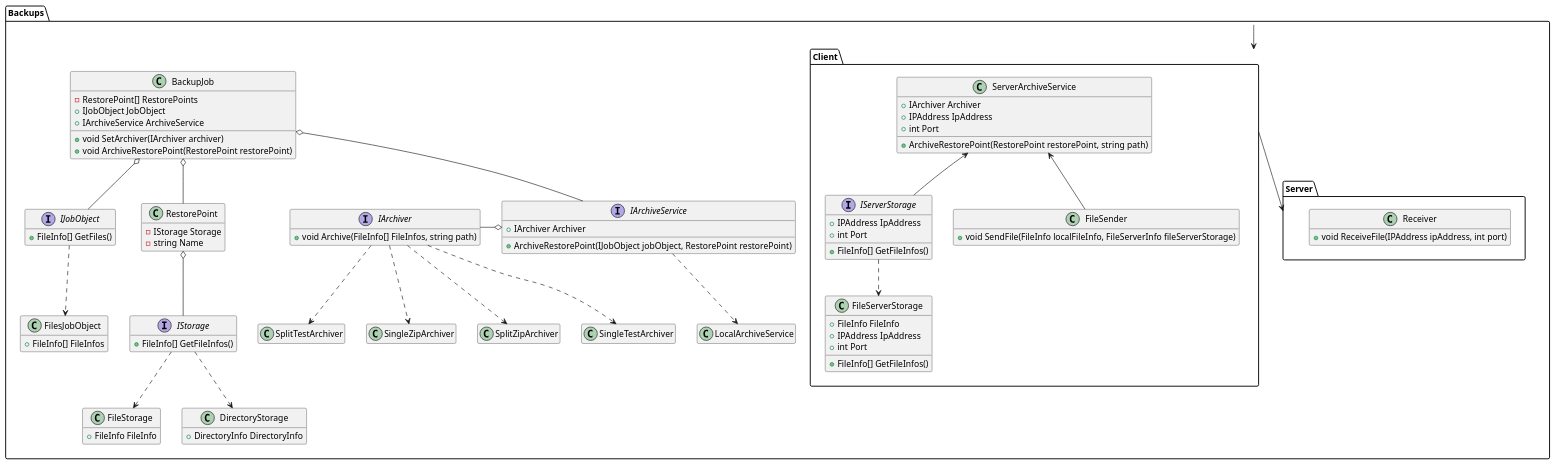
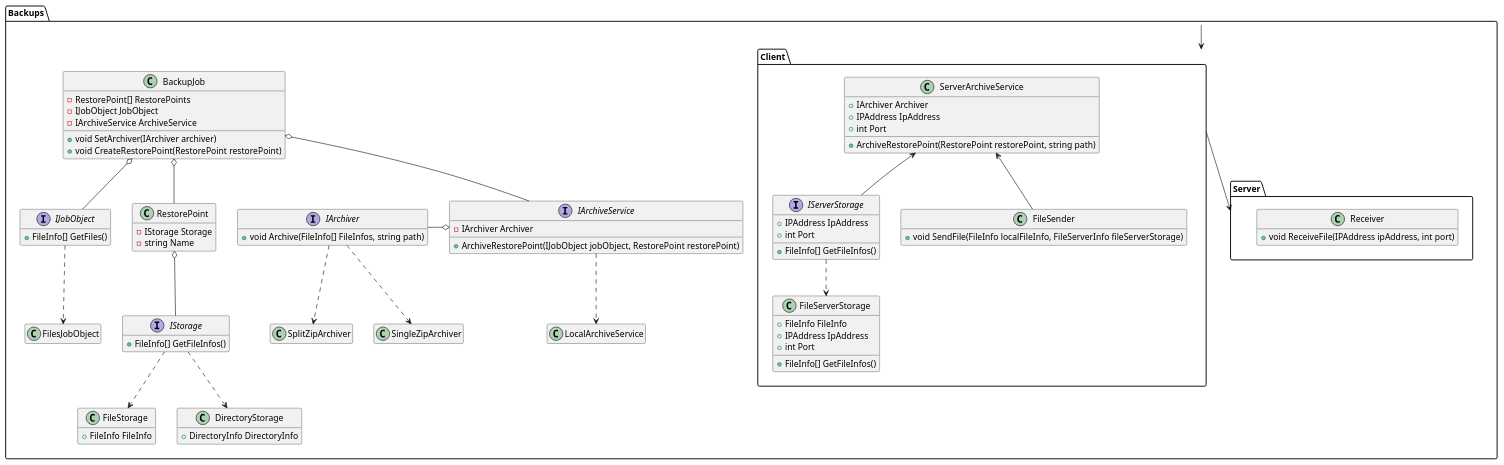
Before and after one commit to Ar4eR-ValerA/OOP.IIIsem: the diagram in Docs/Classes.puml, drawn with PlantUML. The commit also changed 10 other files, not shown here.

```diff
--- a/Docs/Classes.puml
+++ b/Docs/Classes.puml
@@ -1,125 +1,116 @@
 @startuml
 
 hide empty members
 
 package Backups {
     class BackupJob {
         - RestorePoint[] RestorePoints
-        + IJobObject JobObject
-        + IArchiveService ArchiveService
+        - IJobObject JobObject
+        - IArchiveService ArchiveService
         
         + void SetArchiver(IArchiver archiver)
-        + void ArchiveRestorePoint(RestorePoint restorePoint)
+        + void CreateRestorePoint(RestorePoint restorePoint)
     }
     
     interface IJobObject {
         + FileInfo[] GetFiles()
     }
     
 
     class FilesJobObject {
-        + FileInfo[] FileInfos
     }
     
     class RestorePoint {
         - IStorage Storage
         - string Name
     }
     
     interface IStorage {
         + FileInfo[] GetFileInfos()
     }
     
     interface IArchiveService {
-        + IArchiver Archiver
+        - IArchiver Archiver
         
         + ArchiveRestorePoint(IJobObject jobObject, RestorePoint restorePoint)
     }
     
     class SingleZipArchiver {
     }
     
     class SplitZipArchiver {
-    }
-    
-    class SingleTestArchiver {
-    }
-    
-    class SplitTestArchiver {
     }
     
     interface IArchiver {
         + void Archive(FileInfo[] FileInfos, string path)
     }
     
     class LocalArchiveService {
     }
     
     class FileStorage {
         + FileInfo FileInfo
     }
     
     class DirectoryStorage {
         + DirectoryInfo DirectoryInfo
     }
 }
 
 package Backups.Client {
     class ServerArchiveService {
         + IArchiver Archiver
         + IPAddress IpAddress
         + int Port
                 
         + ArchiveRestorePoint(RestorePoint restorePoint, string path)
     }
     
     class FileServerStorage {
         + FileInfo FileInfo
         + IPAddress IpAddress
         + int Port
         
         + FileInfo[] GetFileInfos()
     }
     
     interface IServerStorage {
         + FileInfo[] GetFileInfos()
         + IPAddress IpAddress
         + int Port
     }
     
     class FileSender {
         + void SendFile(FileInfo localFileInfo, FileServerInfo fileServerStorage)
     }
 }
 
 package Backups.Server {
     class Receiver {
         + void ReceiveFile(IPAddress ipAddress, int port)
     }
 }
 
 BackupJob o-- RestorePoint
 RestorePoint o-- IStorage
 BackupJob o-- IJobObject
 BackupJob o-- IArchiveService
 IJobObject ..> FilesJobObject
 IStorage ..> FileStorage
 IStorage ..> DirectoryStorage
 IArchiver -o IArchiveService
 
 IArchiver ..> SingleZipArchiver
 IArchiver ..> SplitZipArchiver
-IArchiver ..> SingleTestArchiver
-IArchiver ..> SplitTestArchiver
 
 Backups --> Backups.Client
 Backups.Client --> Backups.Server
 
 ServerArchiveService <-- IServerStorage
 ServerArchiveService <-- FileSender
 IServerStorage ..> FileServerStorage
 
 IArchiveService ..> LocalArchiveService
 
 
 @enduml
```
